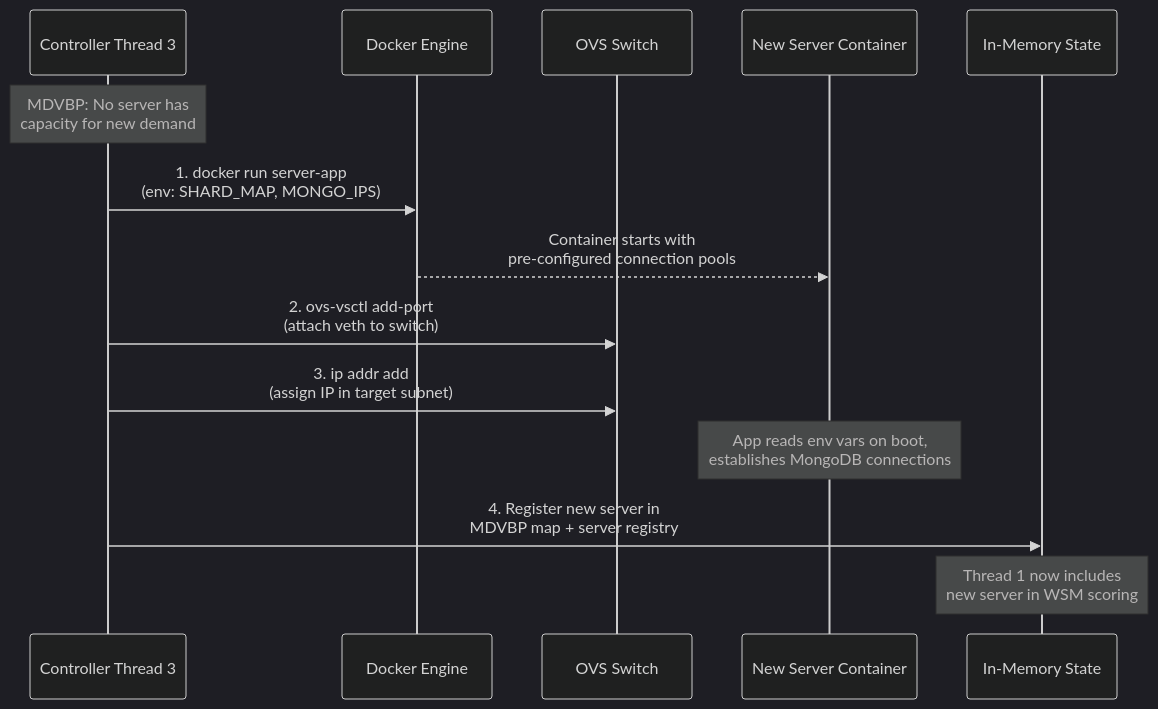
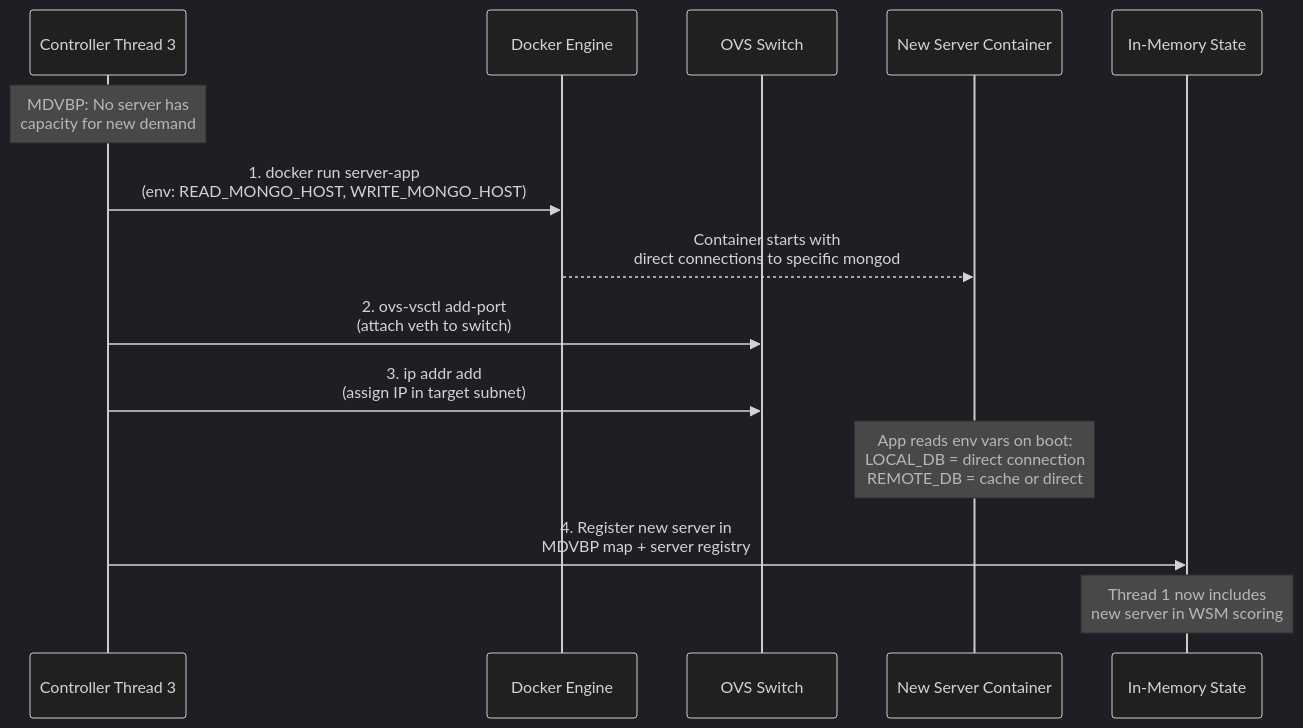
Before and after one commit to poioe20p/efficient-storage-in-edge-scenarios: the tenth of 23 diagrams in docs/operation/system_mechanisms.md, drawn with Mermaid (dark theme). The commit also changed other lines of this file and 25 other files, not shown here.

````diff
--- a/docs/operation/system_mechanisms.md
+++ b/docs/operation/system_mechanisms.md
@@ -239,18 +411,18 @@
 ```mermaid
 sequenceDiagram
     participant T3 as Controller Thread 3
     participant Docker as Docker Engine
     participant OVS as OVS Switch
     participant Server as New Server Container
     participant Memory as In-Memory State
 
     Note over T3: MDVBP: No server has<br/>capacity for new demand
 
-    T3->>Docker: 1. docker run server-app<br/>(env: SHARD_MAP, MONGO_IPS)
-    Docker-->>Server: Container starts with<br/>pre-configured connection pools
+    T3->>Docker: 1. docker run server-app<br/>(env: READ_MONGO_HOST, WRITE_MONGO_HOST)
+    Docker-->>Server: Container starts with<br/>direct connections to specific mongod
     T3->>OVS: 2. ovs-vsctl add-port<br/>(attach veth to switch)
     T3->>OVS: 3. ip addr add<br/>(assign IP in target subnet)
-    Note over Server: App reads env vars on boot,<br/>establishes MongoDB connections
+    Note over Server: App reads env vars on boot:<br/>LOCAL_DB = direct connection<br/>REMOTE_DB = cache or direct
     T3->>Memory: 4. Register new server in<br/>MDVBP map + server registry
     Note over Memory: Thread 1 now includes<br/>new server in WSM scoring
 ```
````
